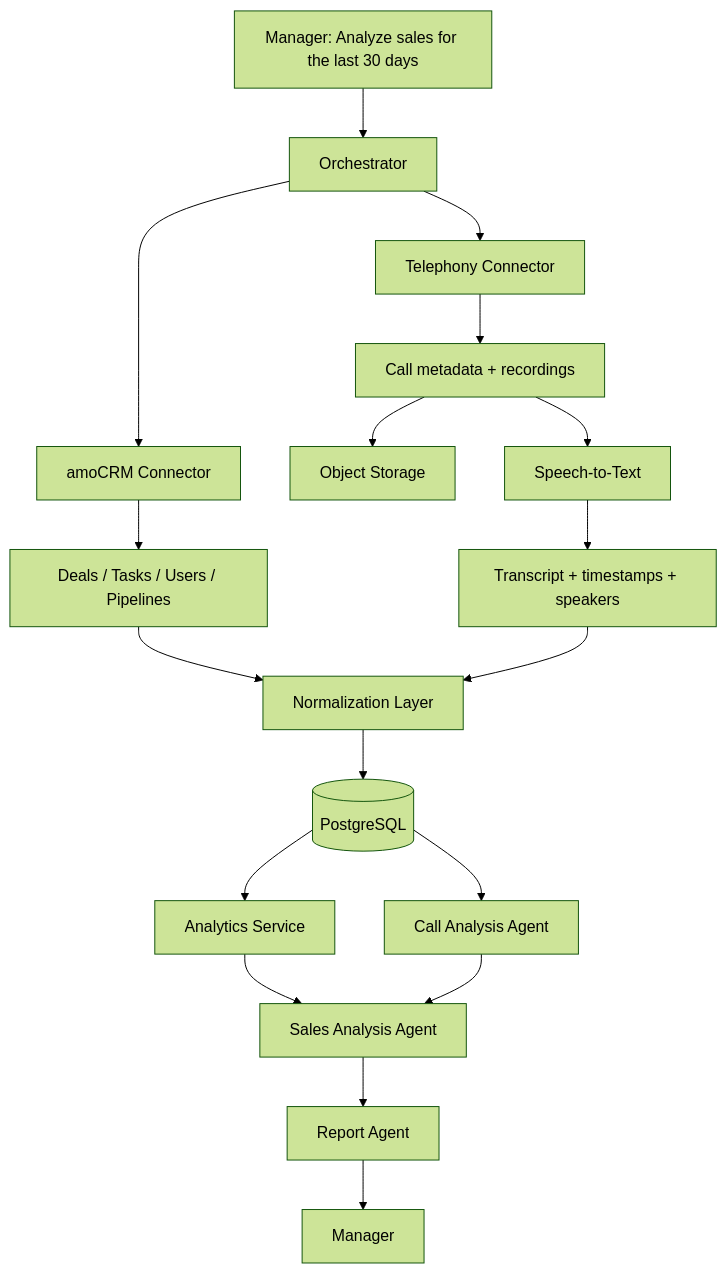
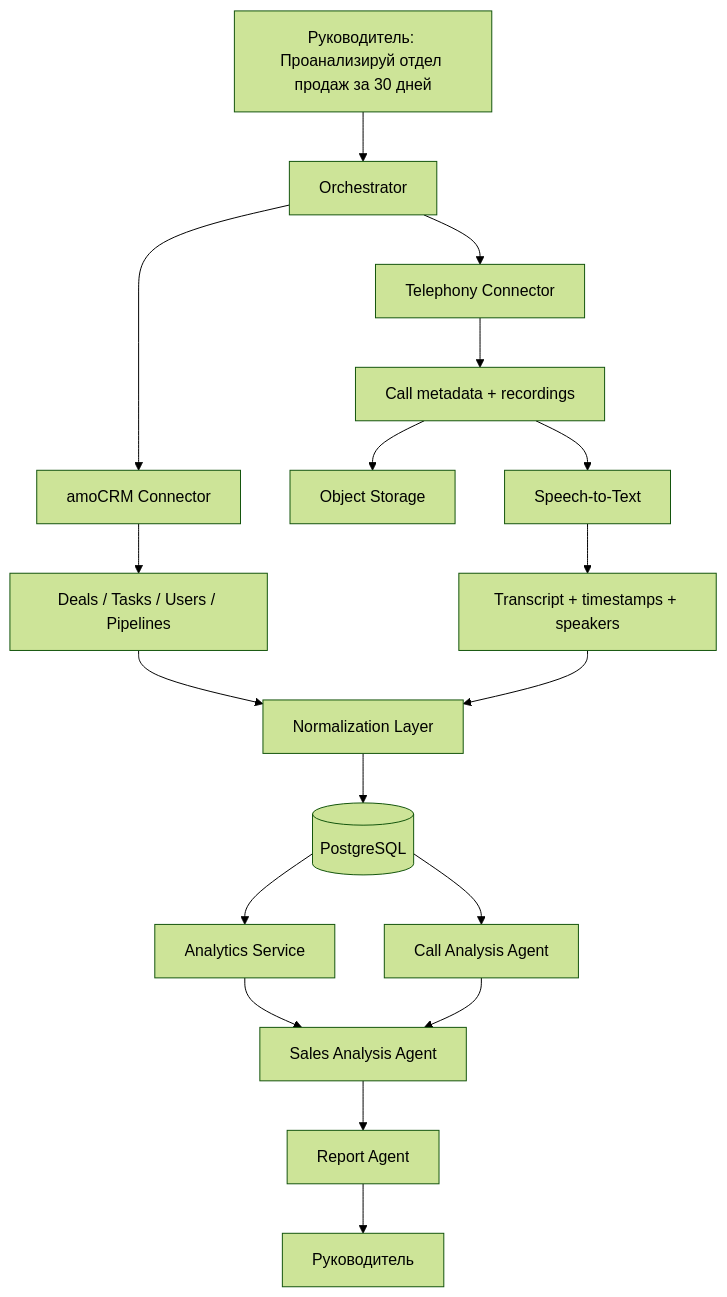
The diagram in README.md (Cosmic811/citycar-ai-sales-analysis-test), drawn with Mermaid (forest theme) before and after one commit. The commit also changed other lines of this file and 1 other file, not shown here.

Commit message:
feat: add CityCar AI sales analysis test

````diff
--- a/README.md
+++ b/README.md
@@ -9,20 +9,20 @@
 ```mermaid
 flowchart TD
-    A["Manager: Analyze sales for the last 30 days"] --> B[Orchestrator]
+    A["Руководитель: Проанализируй отдел продаж за 30 дней"] --> B[Orchestrator]
     B --> C[amoCRM Connector]
     B --> D[Telephony Connector]
     C --> E["Deals / Tasks / Users / Pipelines"]
     D --> F["Call metadata + recordings"]
     F --> G[Object Storage]
     F --> H[Speech-to-Text]
     H --> I["Transcript + timestamps + speakers"]
     E --> J[Normalization Layer]
     I --> J
     J --> K[(PostgreSQL)]
     K --> L[Analytics Service]
     K --> M[Call Analysis Agent]
     L --> N[Sales Analysis Agent]
     M --> N
     N --> O[Report Agent]
-    O --> P[Manager]
+    O --> P[Руководитель]
 ```
````
